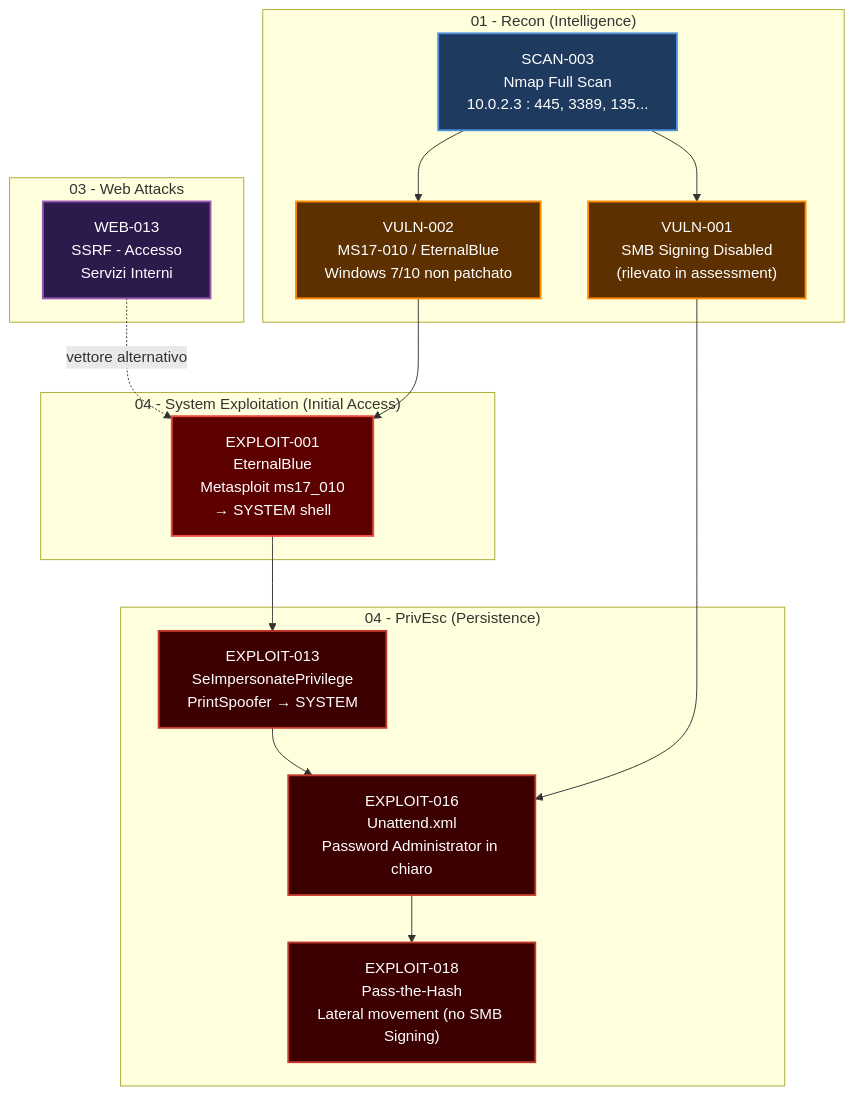
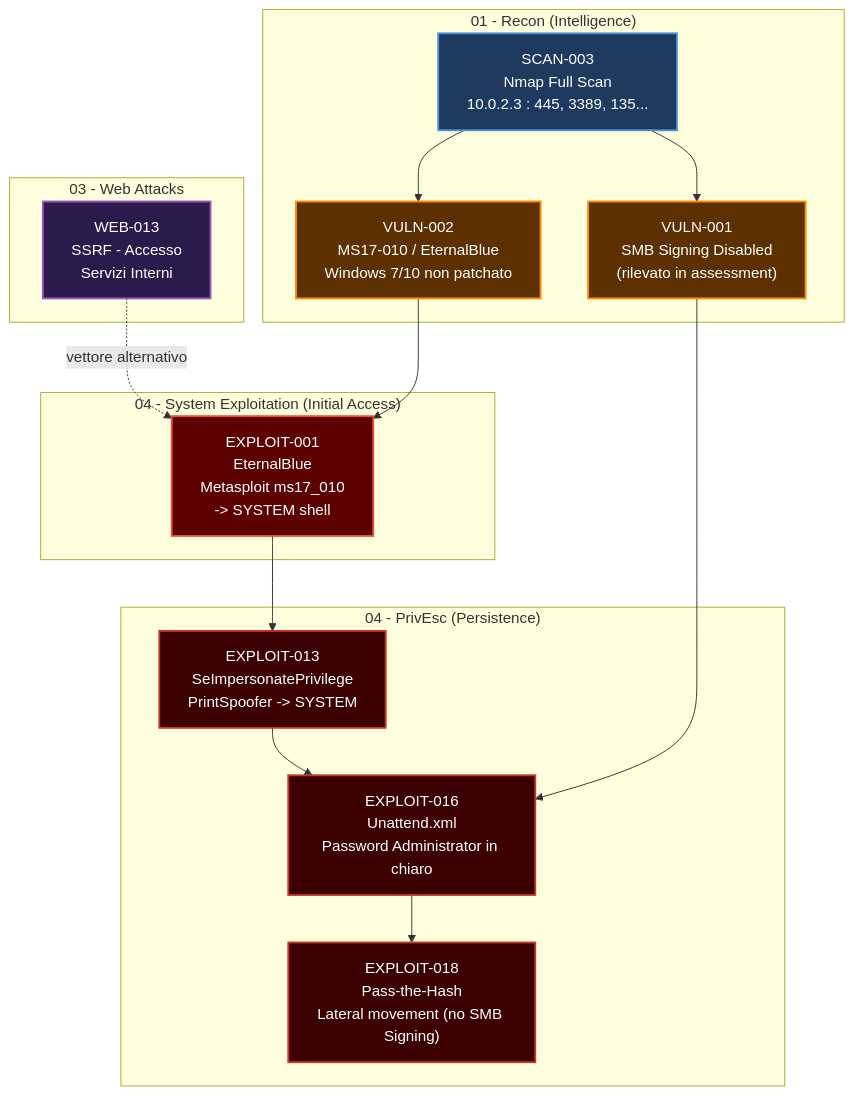
The first of 3 diagrams in README.md (Nicholas-Arcari/cybersecurity-labs), drawn with Mermaid before and after one commit. The commit also changed other lines of this file and 236 other files, not shown here.

````diff
--- a/README.md
+++ b/README.md
@@ -49,37 +119,37 @@
 ```mermaid
 flowchart TD
     subgraph RECON["01 - Recon (Intelligence)"]
         R1["SCAN-003\nNmap Full Scan\n10.0.2.3 : 445, 3389, 135..."]:::finding
         R2["VULN-001\nSMB Signing Disabled\n(rilevato in assessment)"]:::vuln
         R3["VULN-002\nMS17-010 / EternalBlue\nWindows 7/10 non patchato"]:::vuln
         R1 --> R2
         R1 --> R3
     end
 
     subgraph WEB["03 - Web Attacks"]
         W1["WEB-013\nSSRF - Accesso\nServizi Interni"]:::web
     end
 
     subgraph EXPLOIT["04 - System Exploitation (Initial Access)"]
-        E1["EXPLOIT-001\nEternalBlue\nMetasploit ms17_010\n→ SYSTEM shell"]:::exploit
+        E1["EXPLOIT-001\nEternalBlue\nMetasploit ms17_010\n-> SYSTEM shell"]:::exploit
     end
 
     subgraph PRIVESC["04 - PrivEsc (Persistence)"]
-        E2["EXPLOIT-013\nSeImpersonatePrivilege\nPrintSpoofer → SYSTEM"]:::privesc
+        E2["EXPLOIT-013\nSeImpersonatePrivilege\nPrintSpoofer -> SYSTEM"]:::privesc
         E3["EXPLOIT-016\nUnattend.xml\nPassword Administrator in chiaro"]:::privesc
         E4["EXPLOIT-018\nPass-the-Hash\nLateral movement (no SMB Signing)"]:::privesc
         E2 --> E3
         E3 --> E4
     end
 
     R3 --> E1
     W1 -.->|"vettore alternativo"| E1
     R2 --> E3
     E1 --> E2
 
     classDef finding  fill:#1e3a5f,color:#fff,stroke:#4a90d9,stroke-width:2px
     classDef vuln     fill:#5c3000,color:#fff,stroke:#ff8c00,stroke-width:2px
     classDef web      fill:#2d1a4d,color:#fff,stroke:#9b59b6,stroke-width:2px
     classDef exploit  fill:#5c0000,color:#fff,stroke:#e74c3c,stroke-width:2px
     classDef privesc  fill:#3d0000,color:#fff,stroke:#c0392b,stroke-width:2px
 ```
````
